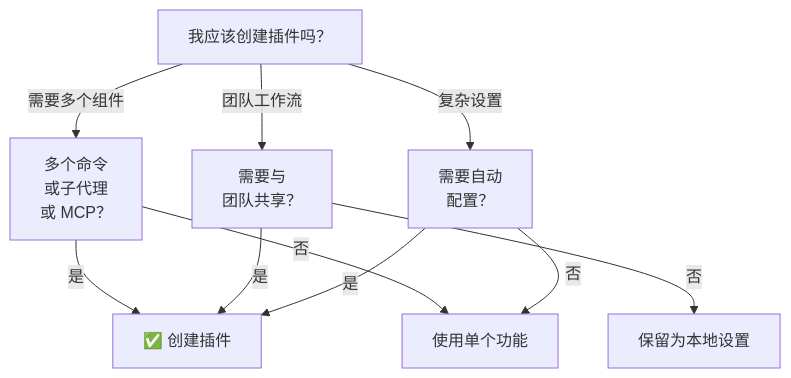
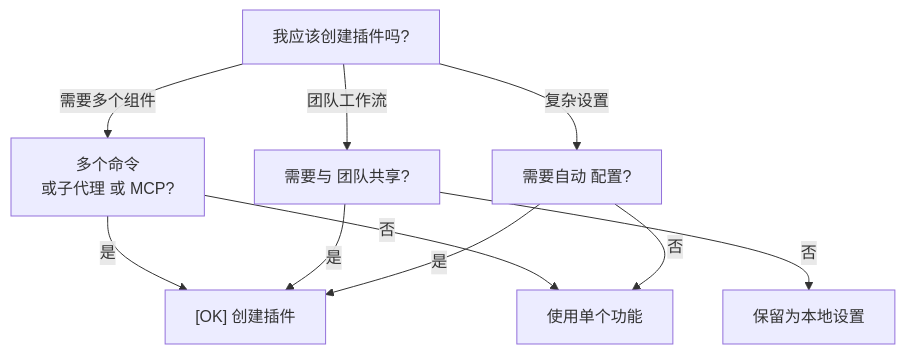
Diagram 26 of 31 in claude_concepts_guide.md (Rx782-Fss/claude-howto-zh), drawn with Mermaid before and after one commit. The commit also changed other lines of this file and 5 other files, not shown here.

Commit message:
fix: Mermaid 内全角括号/问号/emoji/<br/> 改为半角ASCII避免 GitHub 渲染失败

````diff
--- a/claude_concepts_guide.md
+++ b/claude_concepts_guide.md
@@ -2483,13 +2483,13 @@
 ```mermaid
 graph TD
-    A["我应该创建插件吗？"]
-    A -->|需要多个组件| B["多个命令<br/>或子代理<br/>或 MCP？"]
-    B -->|是| C["✅ 创建插件"]
+    A["我应该创建插件吗?"]
+    A -->|需要多个组件| B["多个命令<br/>或子代理 或 MCP?"]
+    B -->|是| C["[OK] 创建插件"]
     B -->|否| D["使用单个功能"]
-    A -->|团队工作流| E["需要与<br/>团队共享？"]
+    A -->|团队工作流| E["需要与 团队共享?"]
     E -->|是| C
     E -->|否| F["保留为本地设置"]
-    A -->|复杂设置| G["需要自动<br/>配置？"]
+    A -->|复杂设置| G["需要自动 配置?"]
     G -->|是| C
     G -->|否| D
 ```
````
